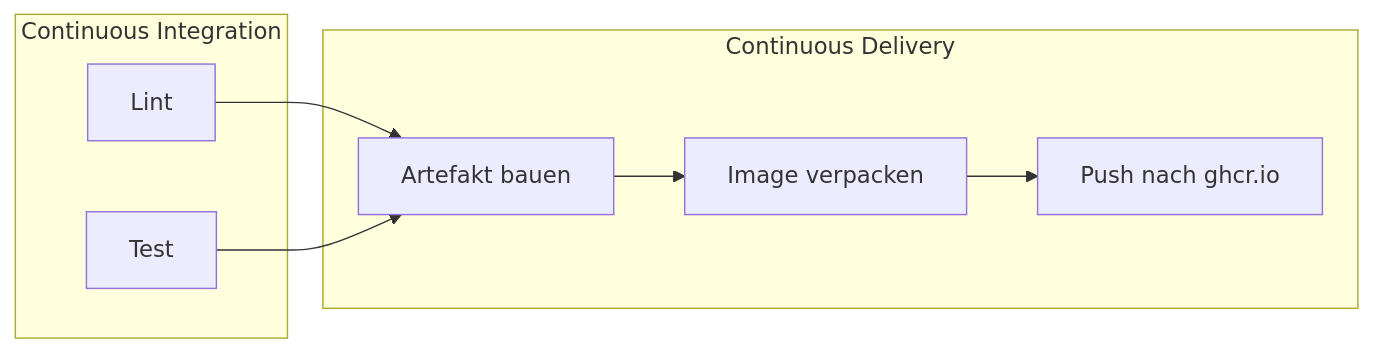
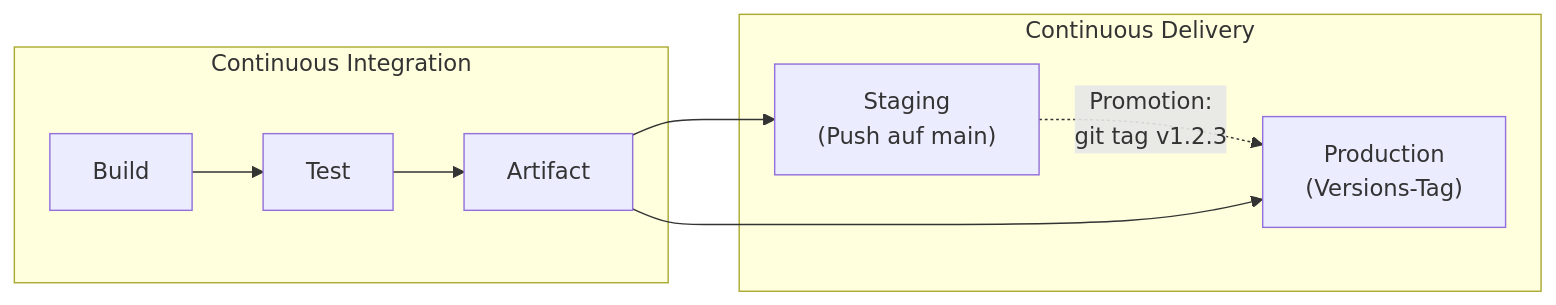
The diagram in README.md (realAP/clean-infrastructure), drawn with Mermaid before and after one commit. The commit also changed other lines of this file and 4 other files, not shown here.

````diff
--- a/README.md
+++ b/README.md
@@ -16,12 +19,13 @@
 ```mermaid
 flowchart LR
     subgraph CI [Continuous Integration]
-        L[Lint]
-        T[Test]
+        B[Build] --> T[Test] --> A[Artifact]
     end
     subgraph CD [Continuous Delivery]
-        B[Artefakt bauen] --> V[Image verpacken] --> P[Push nach ghcr.io]
+        S["Staging<br>(Push auf main)"]
+        P["Production<br>(Versions-Tag)"]
+        S -. "Promotion:<br>git tag v1.2.3" .-> P
     end
-    L --> B
-    T --> B
+    A --> S
+    A --> P
 ```
````
